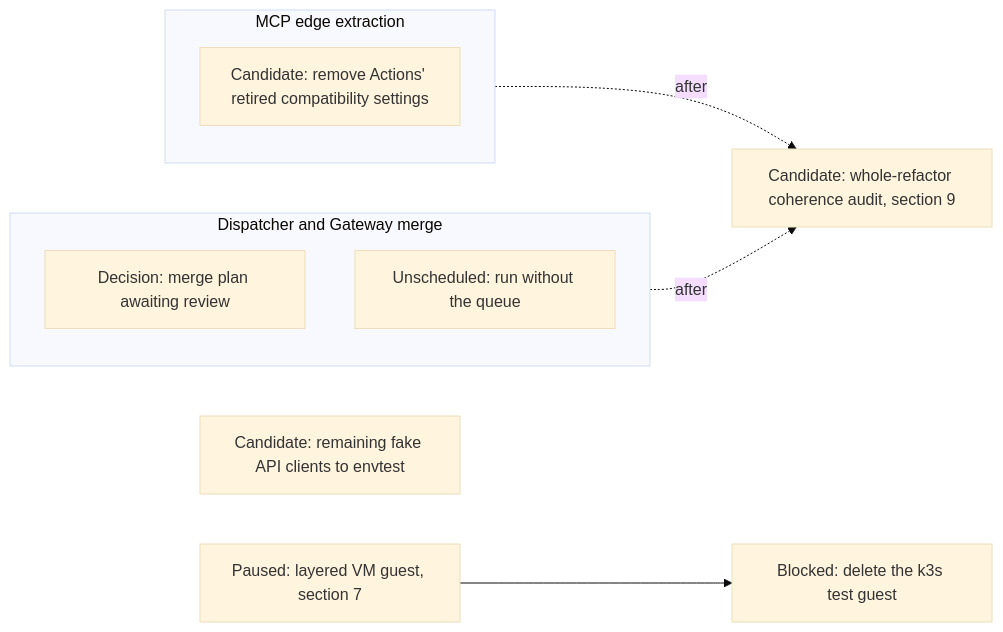
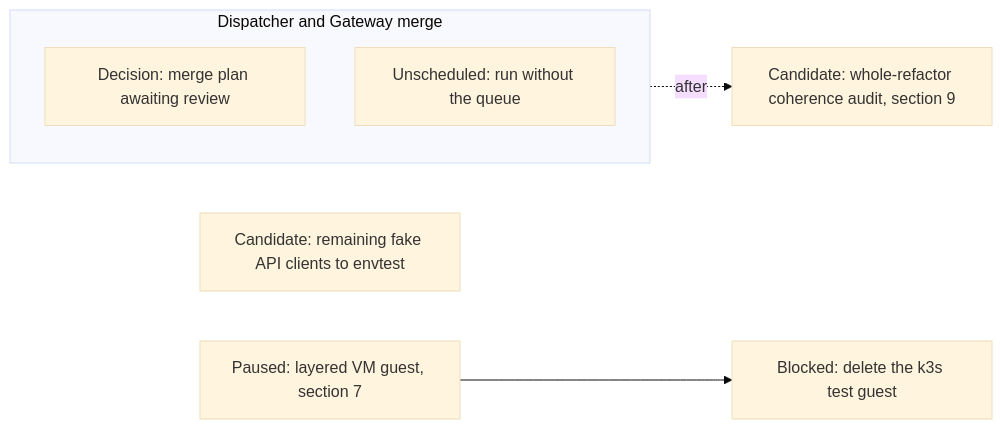
The first of 18 diagrams in agentplane/plans/task_dag.md (agentydragon/ducktape), drawn with Mermaid (base theme) before and after one commit. The commit also changed other lines of this file and 5 other files, not shown here.

First line of the commit message:
agentplane/action_service: drop retired integrated_connection_service and max_wait_seconds (step 2/2)

````diff
--- a/agentplane/plans/task_dag.md
+++ b/agentplane/plans/task_dag.md
@@ -31,14 +31,10 @@
 ```mermaid
 flowchart LR
-    subgraph ACTION_TRACK[MCP edge extraction]
-        ACTION_MCP_EDGE_SPLIT[Candidate: remove Actions' retired compatibility settings]
-    end
     subgraph DISPATCH_TRACK[Dispatcher and Gateway merge]
         DISPATCHER_PERSISTENCE_MODEL_DESIGN[Decision: merge plan awaiting review]
         DISPATCHER_QUEUE_OPTIONAL[Unscheduled: run without the queue]
     end
     FAKE_CLIENTS_TO_ENVTEST[Candidate: remaining fake API clients to envtest]
     RUNNER_LAYERING_VM[Paused: layered VM guest, section 7] --> K3S_TEST_GUEST_RETIRE[Blocked: delete the k3s test guest]
-    ACTION_TRACK -. after .-> REFACTOR_COHERENCE_AUDIT[Candidate: whole-refactor coherence audit, section 9]
-    DISPATCH_TRACK -. after .-> REFACTOR_COHERENCE_AUDIT
+    DISPATCH_TRACK -. after .-> REFACTOR_COHERENCE_AUDIT[Candidate: whole-refactor coherence audit, section 9]
 ```
````
